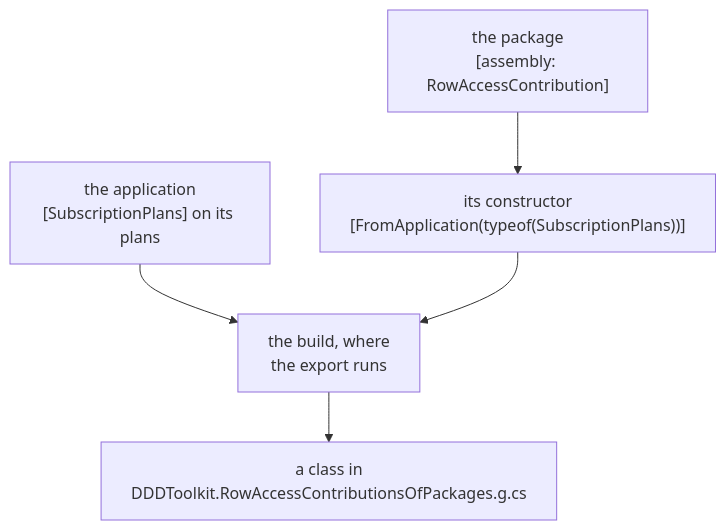
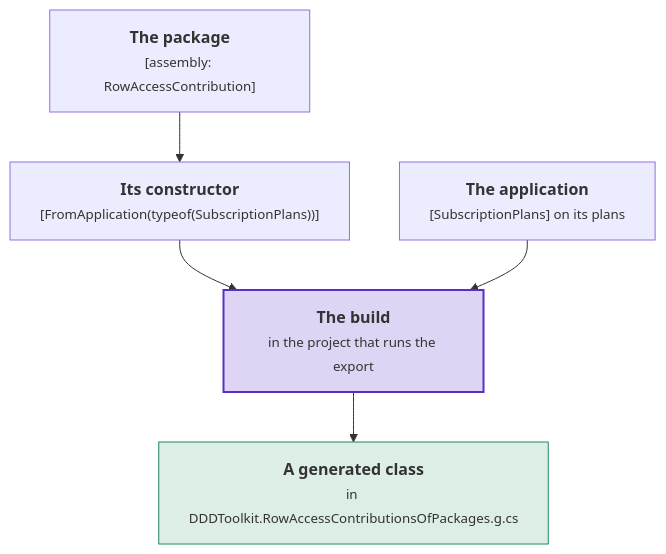
The second of 6 diagrams in docs/writing-a-supporting-domain.md (DylanSnel/DDDToolkit), drawn with Mermaid before and after one commit. The commit also changed other lines of this file and 41 other files, not shown here.

First line of the commit message:
Docs: plain prose, one word per concept, and readable diagrams on every page

````diff
--- a/docs/writing-a-supporting-domain.md
+++ b/docs/writing-a-supporting-domain.md
@@ -290,7 +300,16 @@
 ```mermaid
 flowchart TB
-    Package["the package<br/>[assembly: RowAccessContribution]"] --> Constructor["its constructor<br/>[FromApplication(typeof(SubscriptionPlans))]"]
-    Application["the application<br/>[SubscriptionPlans] on its plans"] --> Build["the build, where<br/>the export runs"]
-    Constructor --> Build
-    Build --> Class["a class in<br/>DDDToolkit.RowAccessContributionsOfPackages.g.cs"]
+    package["<b>The package</b><br/><small>[assembly: RowAccessContribution]</small>"]
+    ctor["<b>Its constructor</b><br/><small>[FromApplication(typeof(SubscriptionPlans))]</small>"]
+    application["<b>The application</b><br/><small>[SubscriptionPlans] on its plans</small>"]
+    build["<b>The build</b><br/><small>in the project that runs the export</small>"]
+    written["<b>A generated class</b><br/><small>in DDDToolkit.RowAccessContributionsOfPackages.g.cs</small>"]
+    package --> ctor
+    ctor --> build
+    application --> build
+    build --> written
+    classDef strong fill:#5b2ec933,stroke:#5b2ec9,stroke-width:2px
+    classDef good fill:#1f8a5b26,stroke:#1f8a5b
+    class build strong
+    class written good
 ```
````
